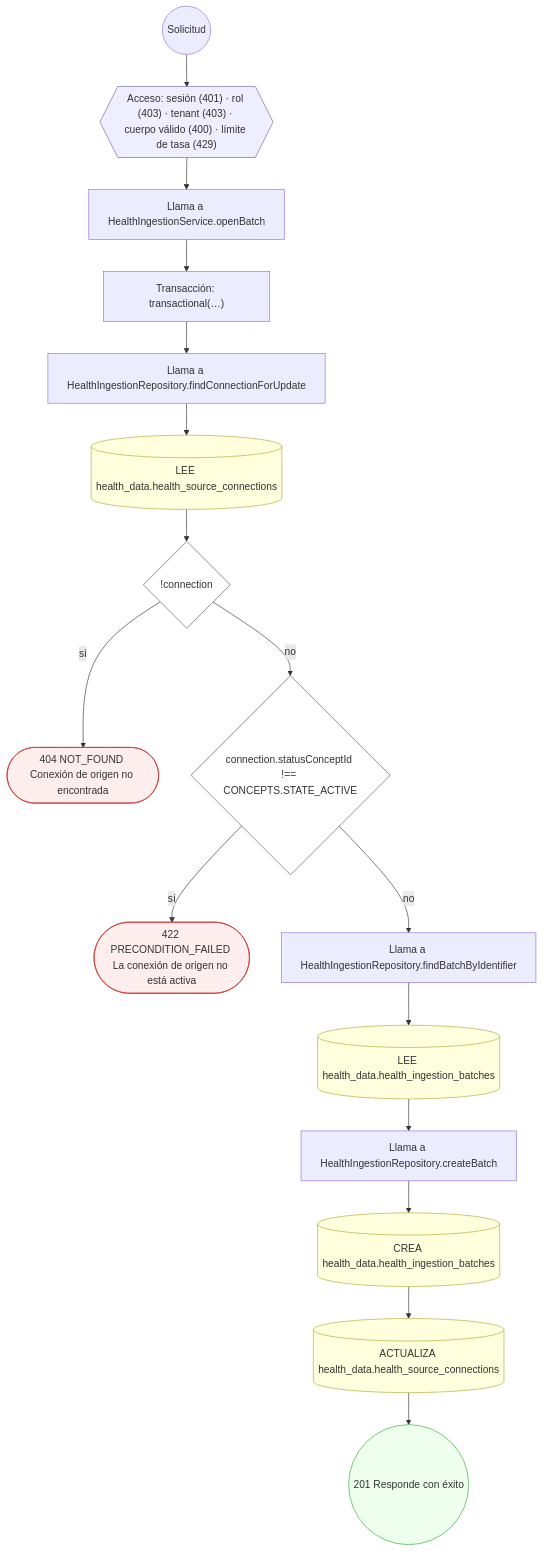
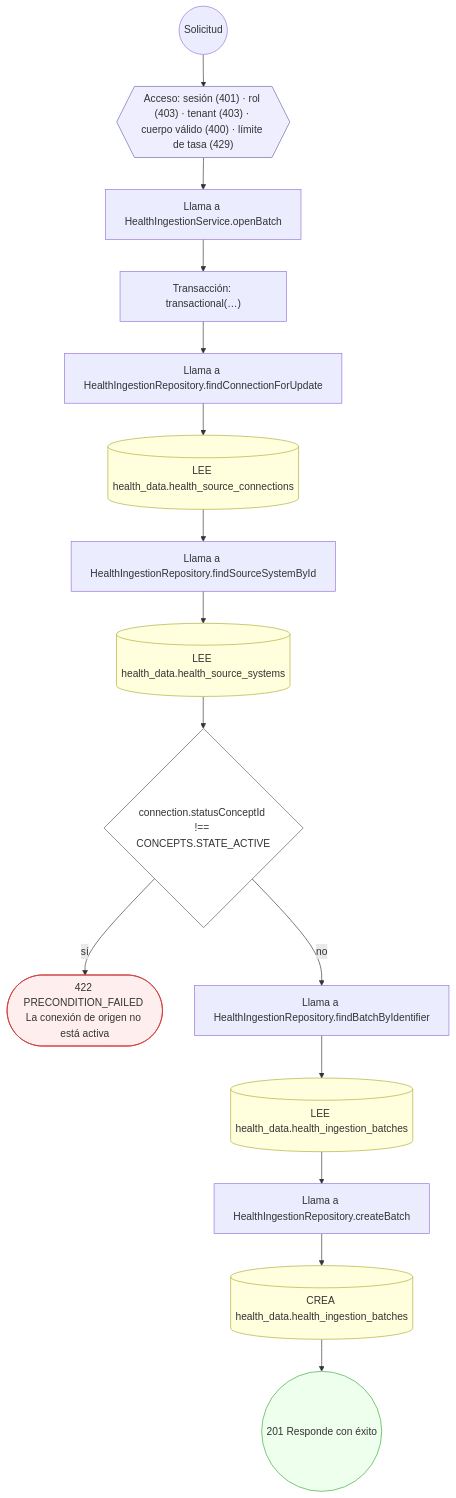
Diagram 11 of 16 in docs/inventario/flujos/health_data.md (mdavila-2001/mantra-core-health-api), drawn with Mermaid before and after one commit. The commit also changed other lines of this file and 438 other files, not shown here.

````diff
--- a/docs/inventario/flujos/health_data.md
+++ b/docs/inventario/flujos/health_data.md
@@ -944,40 +1043,38 @@
 ```mermaid
 flowchart TD
   n1(("Solicitud")):::inicio
   n2{{"Acceso: sesión (401) · rol (403) · tenant (403) · cuerpo válido (400) · límite de tasa (429)"}}:::acceso
   n1 --> n2
   n3["Llama a HealthIngestionService.openBatch"]:::llamada
   n2 --> n3
   n4["Transacción: transactional(…)"]:::transaccion
   n3 --> n4
   n5["Llama a HealthIngestionRepository.findConnectionForUpdate"]:::llamada
   n4 --> n5
   n6[("LEE health_data.health_source_connections")]:::efecto
   n5 --> n6
-  n7{"!connection"}:::decision
+  n7["Llama a HealthIngestionRepository.findSourceSystemById"]:::llamada
   n6 --> n7
-  n8(["404 NOT_FOUND Conexión de origen no encontrada"]):::error
-  n7 -->|"sí"| n8
+  n8[("LEE health_data.health_source_systems")]:::efecto
+  n7 --> n8
   n9{"connection.statusConceptId !== CONCEPTS.STATE_ACTIVE"}:::decision
-  n7 -->|"no"| n9
+  n8 --> n9
   n10(["422 PRECONDITION_FAILED La conexión de origen no está activa"]):::error
   n9 -->|"sí"| n10
   n11["Llama a HealthIngestionRepository.findBatchByIdentifier"]:::llamada
   n9 -->|"no"| n11
   n12[("LEE health_data.health_ingestion_batches")]:::efecto
   n11 --> n12
   n13["Llama a HealthIngestionRepository.createBatch"]:::llamada
   n12 --> n13
   n14[("CREA health_data.health_ingestion_batches")]:::efecto
   n13 --> n14
-  n15[("ACTUALIZA health_data.health_source_connections")]:::efecto
+  n15(("201 Responde con éxito")):::ok
   n14 --> n15
-  n16(("201 Responde con éxito")):::ok
-  n15 --> n16
   classDef acceso fill:#eef,stroke:#66a
   classDef error fill:#fee,stroke:#c33
   classDef ok fill:#efe,stroke:#3a3
   classDef efecto fill:#ffd,stroke:#aa3
   classDef decision fill:#fff,stroke:#555
   classDef corte fill:#eee,stroke:#999,stroke-dasharray: 4
 ```
````
